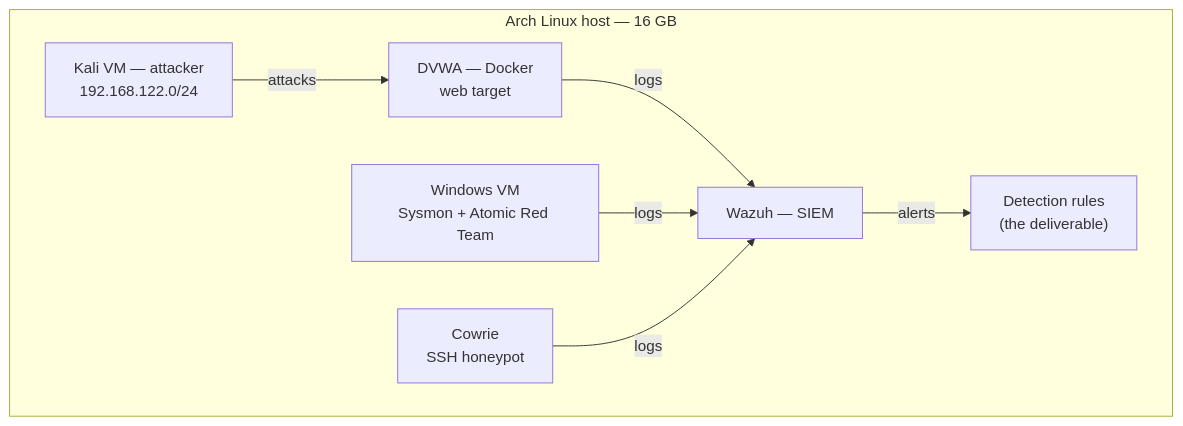
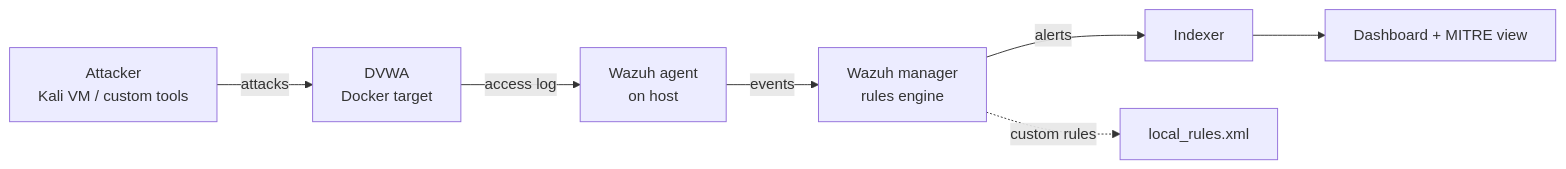
One commit to h-sinad/detection-lab changed the diagram in README.md. Above: the diagram before and after it, drawn with Mermaid. The commit also changed other lines of this file, not shown here.

Commit message:
docs: reframe README - scoped web-attack detection lab, phases 4-5 as future work

````diff
--- a/README.md
+++ b/README.md
@@ -15,17 +37,9 @@
 ```mermaid
-graph TB
-    subgraph host["Arch Linux host — 16 GB"]
-        kali["Kali VM — attacker<br/>192.168.122.0/24"]
-        dvwa["DVWA — Docker<br/>web target"]
-        win["Windows VM<br/>Sysmon + Atomic Red Team"]
-        cowrie["Cowrie<br/>SSH honeypot"]
-        wazuh["Wazuh — SIEM"]
-        rules["Detection rules<br/>(the deliverable)"]
-    end
-
-    kali -->|attacks| dvwa
-    dvwa -->|logs| wazuh
-    win -->|logs| wazuh
-    cowrie -->|logs| wazuh
-    wazuh -->|alerts| rules
+graph LR
+    kali["Attacker<br/>Kali VM / custom tools"] -->|attacks| dvwa["DVWA<br/>Docker target"]
+    dvwa -->|access log| agent["Wazuh agent<br/>on host"]
+    agent -->|events| mgr["Wazuh manager<br/>rules engine"]
+    mgr -->|alerts| idx["Indexer"]
+    idx --> dash["Dashboard + MITRE view"]
+    mgr -.->|custom rules| rules["local_rules.xml"]
 ```
````
